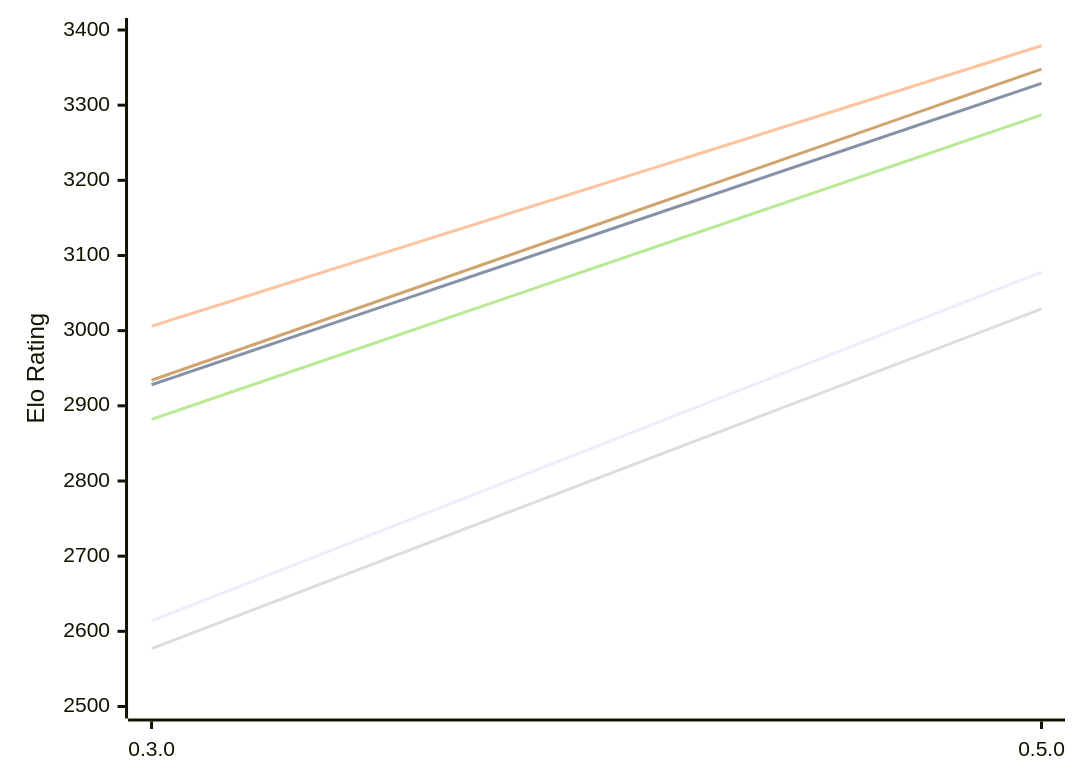
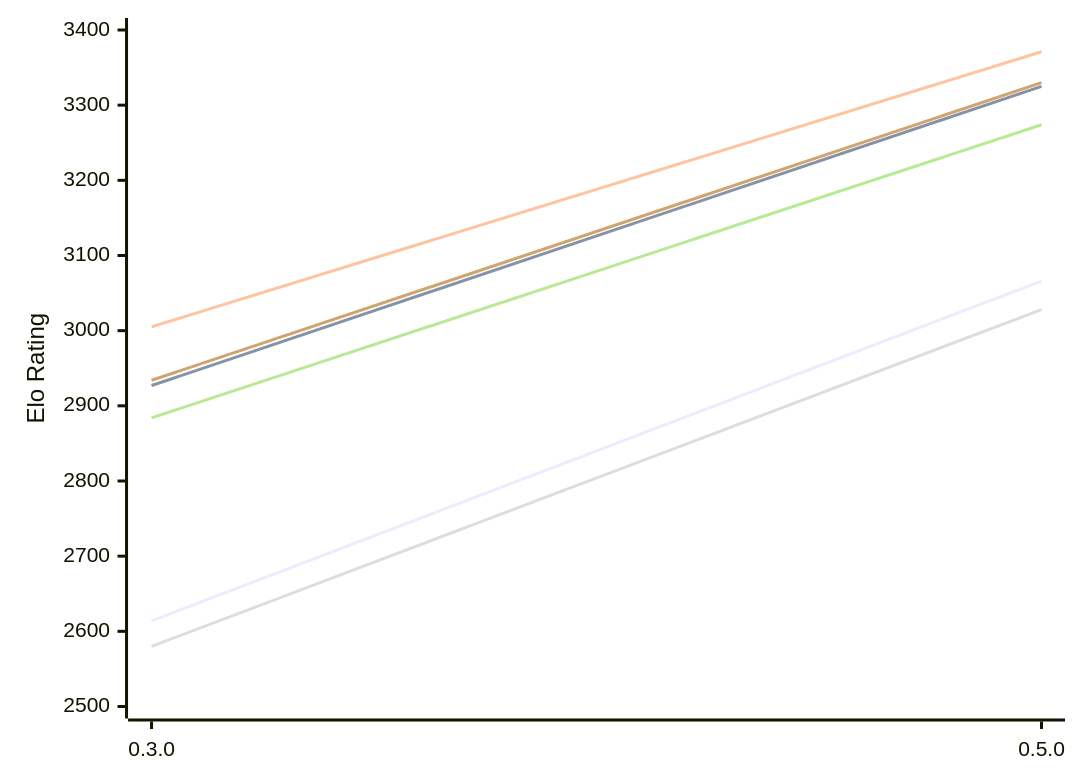
Before and after one commit to computer-chess-index/cci: the diagram in engines/Crustik.md, drawn with Mermaid. The commit also changed other lines of this file, not shown here.

Commit message:
Update CCI Ratings (ELO VLTC) - 2026-11-19

````diff
--- a/engines/Crustik.md
+++ b/engines/Crustik.md
@@ -49,12 +49,12 @@
 ```mermaid
 %%{init: {"theme":"base","themeVariables":{"seriesColors:['#a3a3a3','#222221','#faa371']}}}%%
 xychart-beta
   x-axis ["0.3.0", "0.5.0"]
   y-axis "Elo Rating" 2500 --> 3400
-  line "E1: STC (8.0+0.08s)" [2614, 3078]
-  line "E1: LTC (60.0+0.60s)" [2928, 3329]
-  line "E1: VLTC (2m24s+1.12s)" [3006, 3379]
-  line "P1: STC (8.0+0.08s)" [2577, 3029]
-  line "P1: LTC (60.0+0.60s)" [2882, 3287]
-  line "P1: VLTC (2m24s+1.12s)" [2934, 3348]
+  line "E1: STC (8.0+0.08s)" [2614, 3066]
+  line "E1: LTC (60.0+0.60s)" [2927, 3325]
+  line "E1: VLTC (2m24s+1.12s)" [3005, 3371]
+  line "P1: STC (8.0+0.08s)" [2580, 3028]
+  line "P1: LTC (60.0+0.60s)" [2884, 3274]
+  line "P1: VLTC (2m24s+1.12s)" [2934, 3330]
 ```
````
